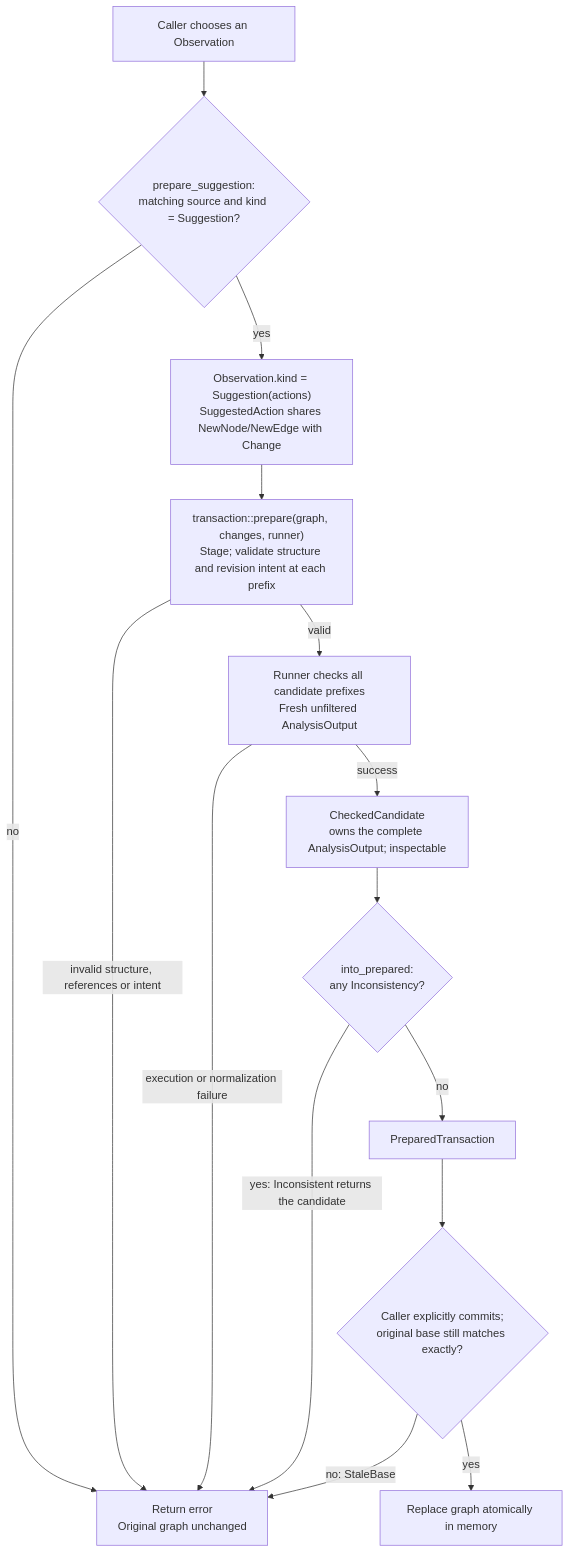
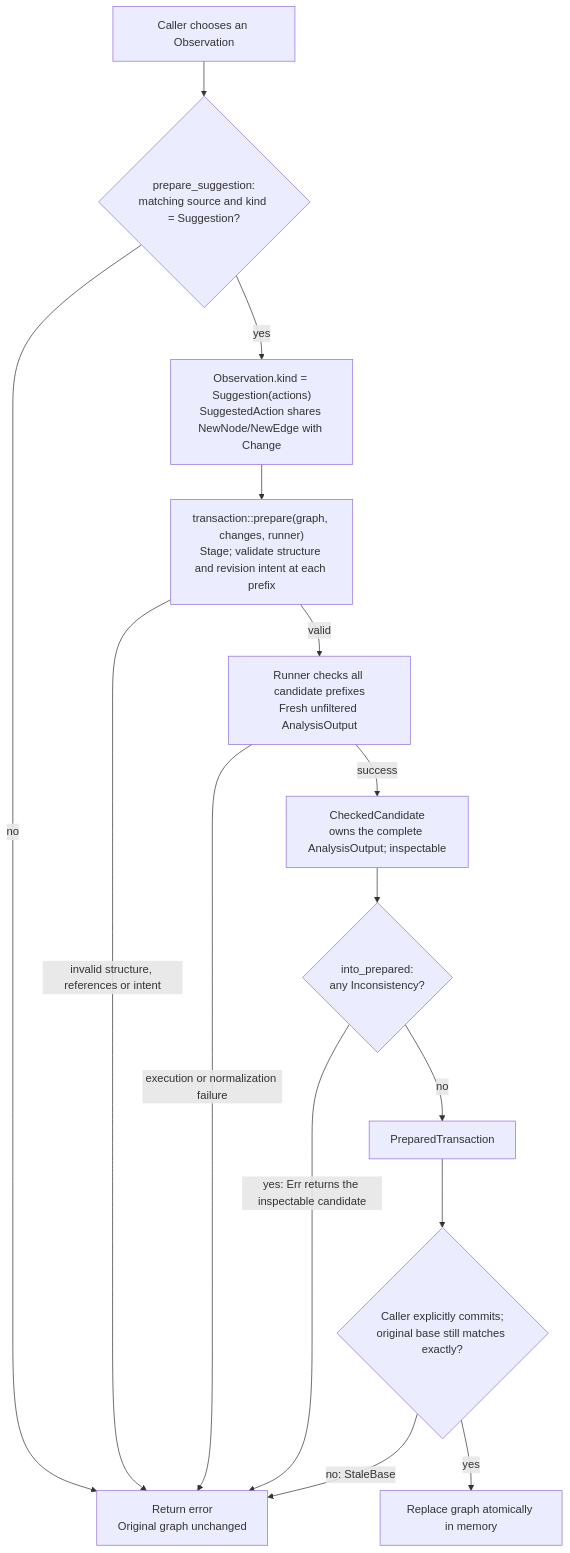
Before and after one commit to RezaOnGithub/lifecore: the third of 3 diagrams in docs/MESSAGES.md, drawn with Mermaid. The commit also changed 13 other files, not shown here.

````diff
--- a/docs/MESSAGES.md
+++ b/docs/MESSAGES.md
@@ -187,26 +187,26 @@
 ```mermaid
 flowchart TD
     O["Caller chooses an Observation"]
     S{"prepare_suggestion:<br/>matching source and kind = Suggestion?"}
     A["Observation.kind = Suggestion(actions)<br/>SuggestedAction shares NewNode/NewEdge with Change"]
     P["transaction::prepare(graph, changes, runner)<br/>Stage; validate structure and revision intent at each prefix"]
     R["Runner checks all candidate prefixes<br/>Fresh unfiltered AnalysisOutput"]
     K["CheckedCandidate<br/>owns the complete AnalysisOutput; inspectable"]
     G{"into_prepared:<br/>any Inconsistency?"}
     T["PreparedTransaction"]
     C{"Caller explicitly commits;<br/>original base still matches exactly?"}
     OK["Replace graph atomically in memory"]
     E["Return error<br/>Original graph unchanged"]
 
     O --> S
     S -->|yes| A --> P
     S -->|no| E
     P -->|valid| R
     P -->|invalid structure, references or intent| E
     R -->|success| K --> G
     R -->|execution or normalization failure| E
-    G -->|yes: Inconsistent returns the candidate| E
+    G -->|yes: Err returns the inspectable candidate| E
     G -->|no| T --> C
     C -->|yes| OK
     C -->|no: StaleBase| E
 ```
````
